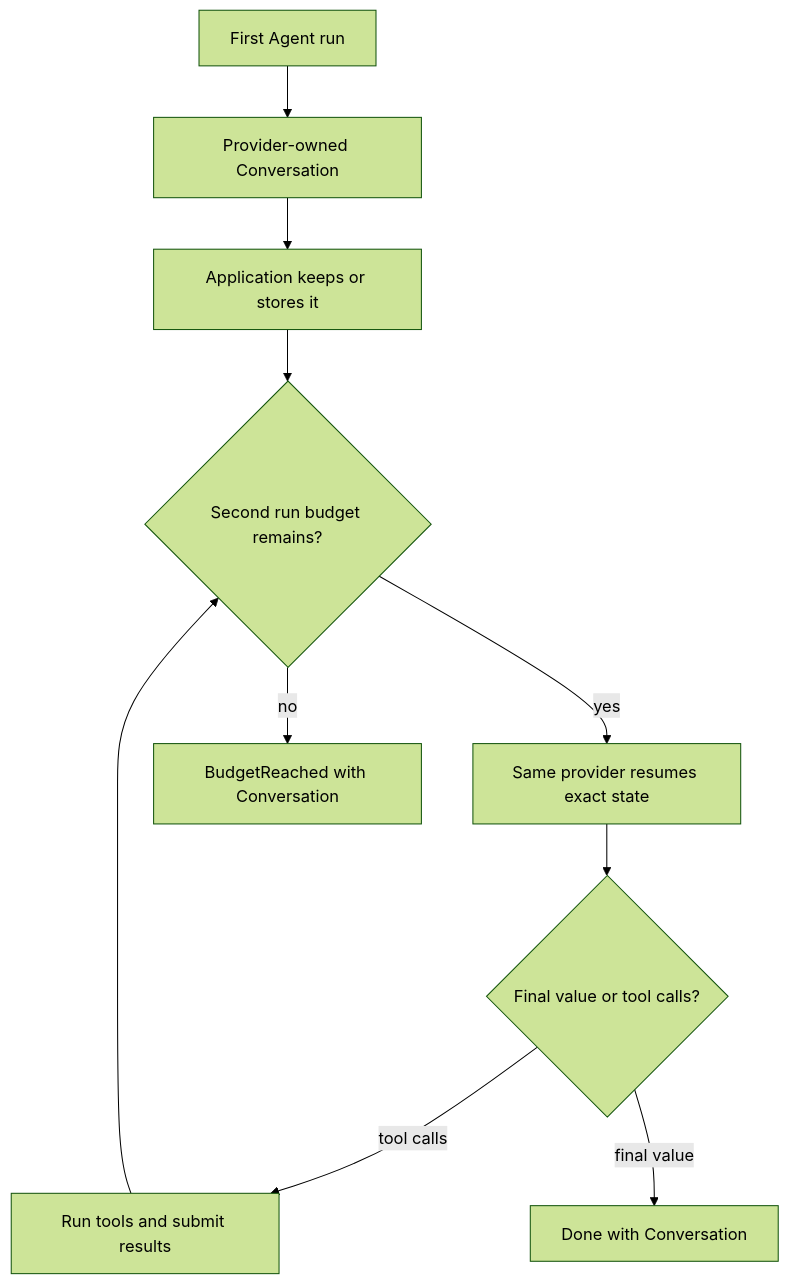
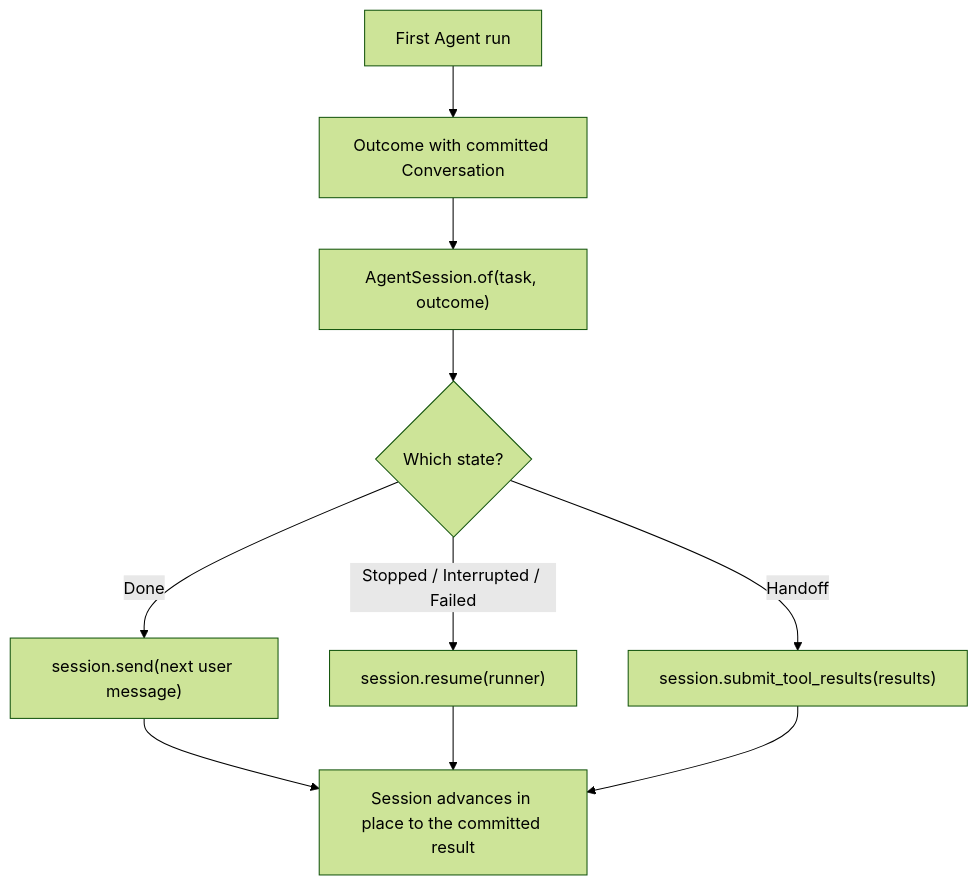
One commit to BoundaryML/baml changed the diagram in baml_language/_plan/bepv4/pages/conversations-and-resuming.md. Above: the diagram before and after it, drawn with Mermaid (forest theme). The commit also changed other lines of this file and 169 other files, not shown here.

````diff
--- a/baml_language/_plan/bepv4/pages/conversations-and-resuming.md
+++ b/baml_language/_plan/bepv4/pages/conversations-and-resuming.md
@@ -64,12 +67,12 @@
 ```mermaid
 flowchart TD
-  first["First Agent run"] --> state["Provider-owned Conversation"]
-  state --> app["Application keeps or stores it"]
-  app --> budget{"Second run budget remains?"}
-  budget -->|yes| step["Same provider resumes exact state"]
-  step --> result{"Final value or tool calls?"}
-  result -->|tool calls| tools["Run tools and submit results"]
-  tools --> budget
-  result -->|final value| done["Done<Resolution> with Conversation"]
-  budget -->|no| stopped["BudgetReached with Conversation"]
+  first["First Agent run"] --> outcome["Outcome with committed Conversation"]
+  outcome --> session["AgentSession.of(task, outcome)"]
+  session --> which{"Which state?"}
+  which -->|Done| turn["session.send(next user message)"]
+  which -->|Stopped / Interrupted / Failed| resume["session.resume(runner)"]
+  which -->|Handoff| answer["session.submit_tool_results(results)"]
+  turn --> committed["Session advances in place to the committed result"]
+  resume --> committed
+  answer --> committed
 ```
````
